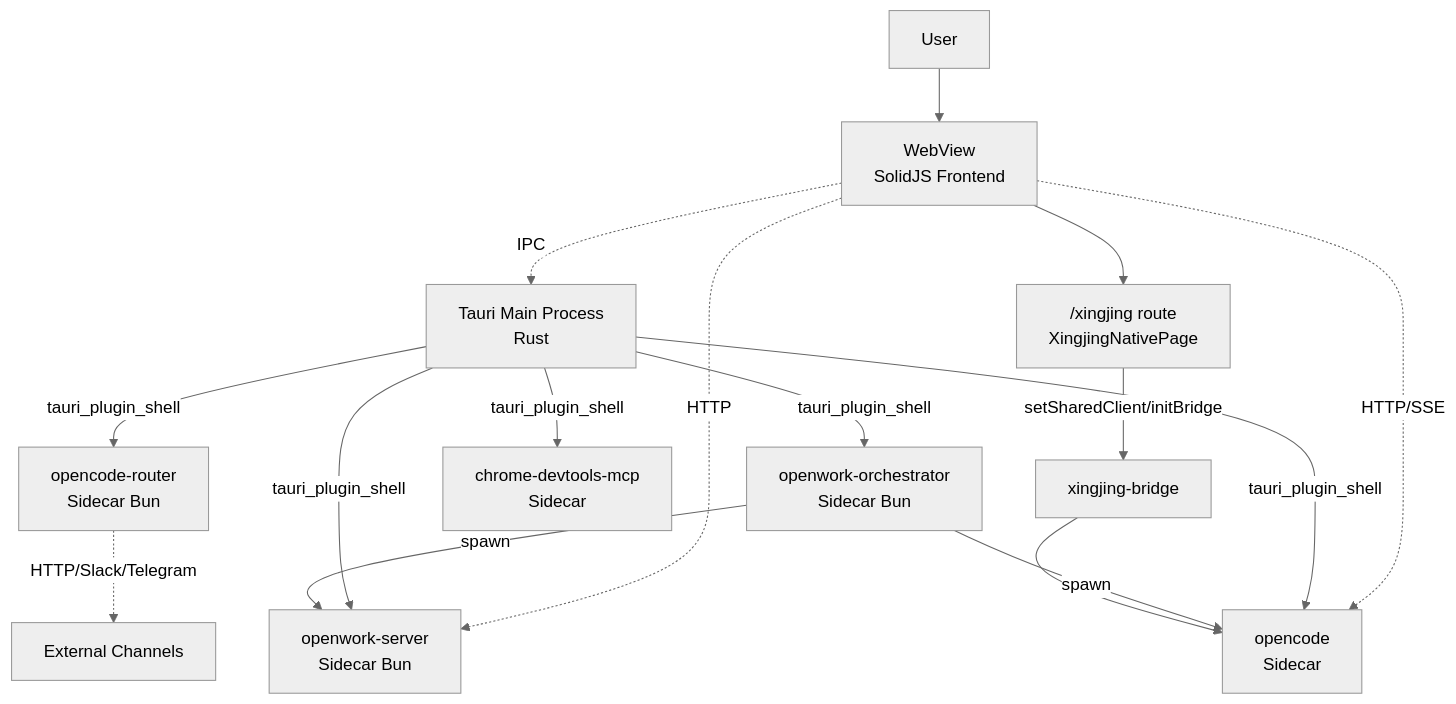
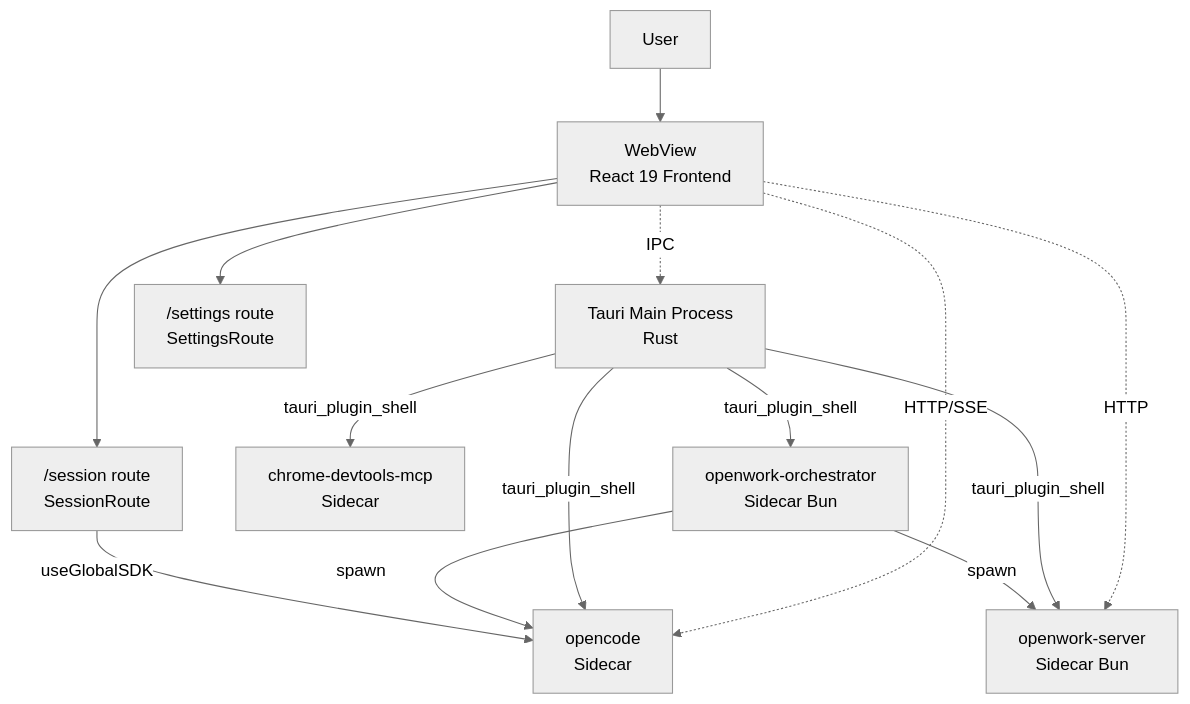
One commit to kaka89/harnesswork changed the first of 3 diagrams in docs/00-overview.md. Above: the diagram before and after it, drawn with Mermaid (neutral theme). The commit also changed other lines of this file and 18 other files, not shown here.

````diff
--- a/docs/00-overview.md
+++ b/docs/00-overview.md
@@ -25,19 +27,17 @@
 ```mermaid
 graph TB
   user[User]
-  user --> webview["WebView<br/>SolidJS Frontend"]
+  user --> webview["WebView<br/>React 19 Frontend"]
   webview -.IPC.-> tauri["Tauri Main Process<br/>Rust"]
   webview -.HTTP/SSE.-> opencode["opencode<br/>Sidecar"]
   webview -.HTTP.-> server["openwork-server<br/>Sidecar Bun"]
   tauri -->|tauri_plugin_shell| opencode
   tauri -->|tauri_plugin_shell| server
-  tauri -->|tauri_plugin_shell| router["opencode-router<br/>Sidecar Bun"]
   tauri -->|tauri_plugin_shell| orch["openwork-orchestrator<br/>Sidecar Bun"]
   tauri -->|tauri_plugin_shell| mcp["chrome-devtools-mcp<br/>Sidecar"]
   orch -->|spawn| opencode
   orch -->|spawn| server
-  router -.HTTP/Slack/Telegram.-> external[External Channels]
-  webview --> xingjing["/xingjing route<br/>XingjingNativePage"]
-  xingjing -->|"setSharedClient/initBridge"| bridge[xingjing-bridge]
-  bridge --> opencode
+  webview --> session["/session route<br/>SessionRoute"]
+  webview --> settings["/settings route<br/>SettingsRoute"]
+  session -->|useGlobalSDK| opencode
 ```
````
